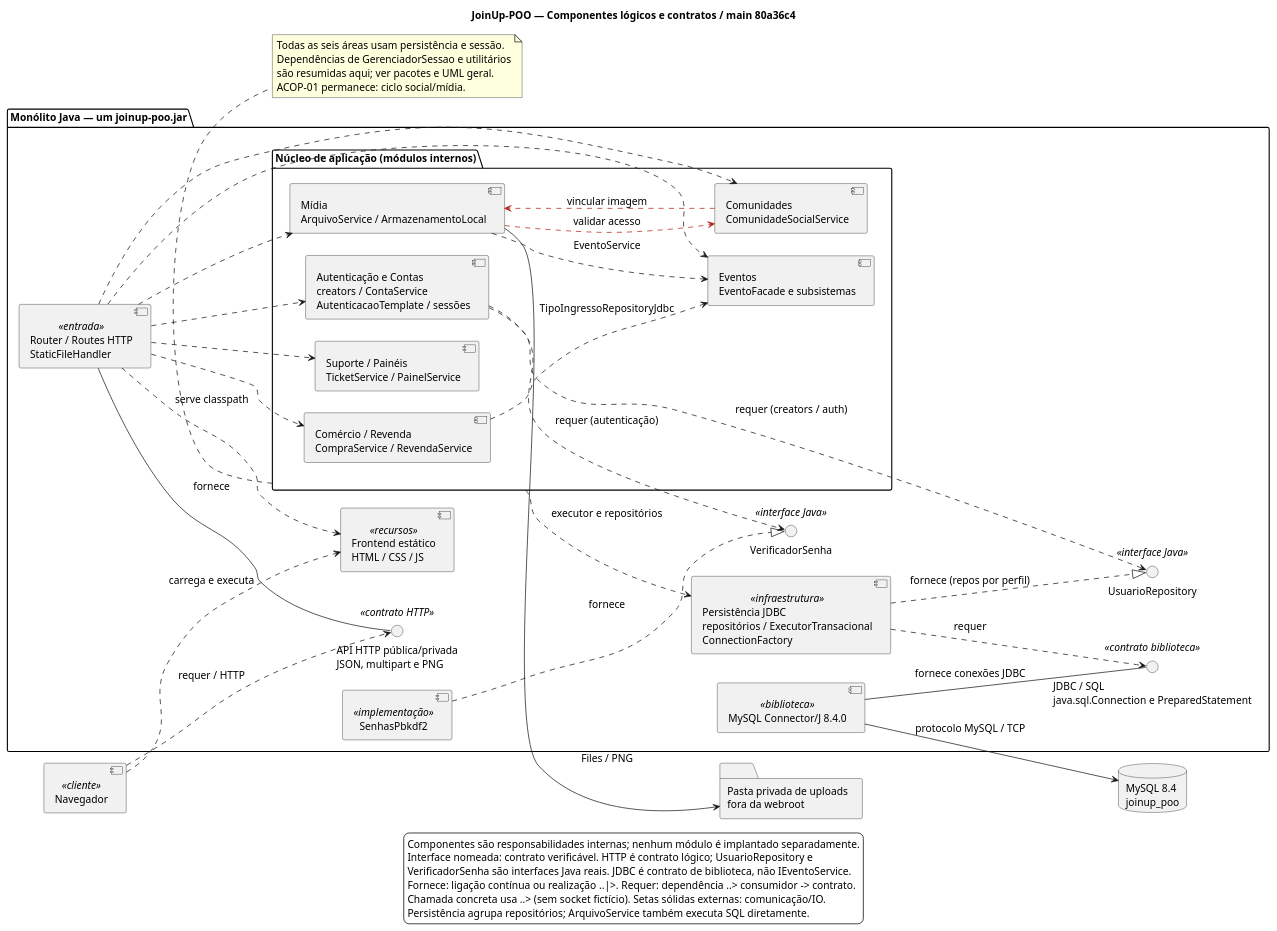
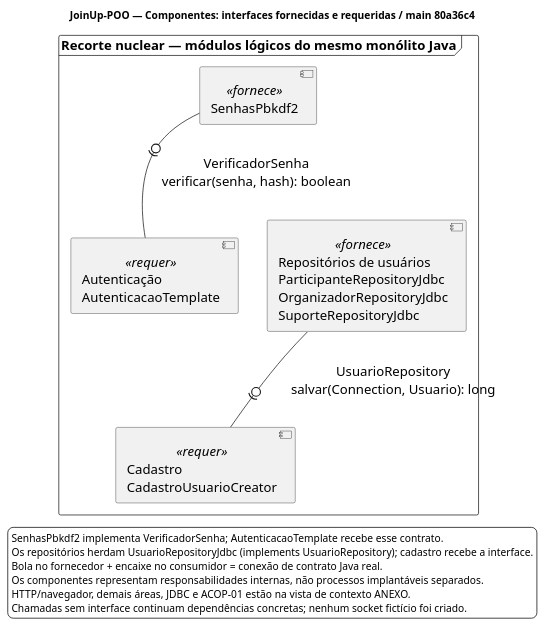
Before and after one commit to ericjs-code/JoinUp-POO: the diagram in docs/ra2/DIAGRAMA_COMPONENTES.puml, drawn with PlantUML. The commit also changed 29 other files, not shown here.

Commit message:
docs: alinha UML a auditoria didatica do PR 11

```diff
--- a/docs/ra2/DIAGRAMA_COMPONENTES.puml
+++ b/docs/ra2/DIAGRAMA_COMPONENTES.puml
@@ -1,74 +1,29 @@
 @startuml
-title JoinUp-POO — Componentes lógicos e contratos / main 80a36c4
+title JoinUp-POO — Componentes: interfaces fornecidas e requeridas / main 80a36c4
 skinparam shadowing false
 skinparam backgroundColor white
 skinparam componentStyle uml2
 skinparam defaultFontName Arial
-skinparam defaultFontSize 14
-skinparam nodesep 30
-skinparam ranksep 45
-left to right direction
-
-component "Navegador" as browser <<cliente>>
-package "Monólito Java — um joinup-poo.jar" {
-  component "Frontend estático\nHTML / CSS / JS" as front <<recursos>>
-  interface "API HTTP pública/privada\nJSON, multipart e PNG" as api <<contrato HTTP>>
-  component "Router / Routes HTTP\nStaticFileHandler" as routes <<entrada>>
-  package "Núcleo de aplicação (módulos internos)" as core {
-    component "Autenticação e Contas\ncreators / ContaService\nAutenticacaoTemplate / sessões" as contas
-    component "Eventos\nEventoFacade e subsistemas" as eventos
-    component "Comércio / Revenda\nCompraService / RevendaService" as comercio
-    component "Comunidades\nComunidadeSocialService" as social
-    component "Suporte / Painéis\nTicketService / PainelService" as suporte
-    component "Mídia\nArquivoService / ArmazenamentoLocal" as midia
-  }
-  interface "UsuarioRepository" as users <<interface Java>>
-  interface "VerificadorSenha" as passwords <<interface Java>>
-  component "SenhasPbkdf2" as pbkdf <<implementação>>
-  component "Persistência JDBC\nrepositórios / ExecutorTransacional\nConnectionFactory" as persistence <<infraestrutura>>
-  interface "JDBC / SQL\njava.sql.Connection e PreparedStatement" as jdbc <<contrato biblioteca>>
-  component "MySQL Connector/J 8.4.0" as driver <<biblioteca>>
+skinparam defaultFontSize 18
+skinparam nodesep 40
+skinparam ranksep 65
+top to bottom direction
+frame "Recorte nuclear — módulos lógicos do mesmo monólito Java" {
+  component "SenhasPbkdf2" as senhas <<fornece>>
+  component "Autenticação\nAutenticacaoTemplate" as auth <<requer>>
+  component "Repositórios de usuários\nParticipanteRepositoryJdbc\nOrganizadorRepositoryJdbc\nSuporteRepositoryJdbc" as repos <<fornece>>
+  component "Cadastro\nCadastroUsuarioCreator" as cadastro <<requer>>
+  senhas -0)- auth : VerificadorSenha\nverificar(senha, hash): boolean
+  repos -0)- cadastro : UsuarioRepository\nsalvar(Connection, Usuario): long
+  auth -[hidden]down- cadastro
+  senhas -[hidden]down- repos
 }
-database "MySQL 8.4\njoinup_poo" as mysql
-folder "Pasta privada de uploads\nfora da webroot" as storage
-
-browser ..> front : carrega e executa
-routes ..> front : serve classpath
-routes -- api : fornece
-browser ..> api : requer / HTTP
-routes ..> contas
-routes ..> eventos
-routes ..> comercio
-routes ..> social
-routes ..> suporte
-routes ..> midia
-contas ..> users : requer (creators / auth)
-persistence ..|> users : fornece (repos por perfil)
-contas ..> passwords : requer (autenticação)
-pbkdf ..|> passwords : fornece
-core ..> persistence : executor e repositórios
-persistence ..> jdbc : requer
-driver -- jdbc : fornece conexões JDBC
-driver --> mysql : protocolo MySQL / TCP
-social ..[#B42318]> midia : vincular imagem
-midia ..[#B42318]> social : validar acesso
-midia ..> eventos : EventoService
-comercio ..> eventos : TipoIngressoRepositoryJdbc
-midia --> storage : Files / PNG
-
-note bottom of core
-  Todas as seis áreas usam persistência e sessão.
-  Dependências de GerenciadorSessao e utilitários
-  são resumidas aqui; ver pacotes e UML geral.
-  ACOP-01 permanece: ciclo social/mídia.
-end note
-
 legend bottom
-  Componentes são responsabilidades internas; nenhum módulo é implantado separadamente.
-  Interface nomeada: contrato verificável. HTTP é contrato lógico; UsuarioRepository e
-  VerificadorSenha são interfaces Java reais. JDBC é contrato de biblioteca, não IEventoService.
-  Fornece: ligação contínua ou realização ..|>. Requer: dependência ..> consumidor -> contrato.
-  Chamada concreta usa ..> (sem socket fictício). Setas sólidas externas: comunicação/IO.
-  Persistência agrupa repositórios; ArquivoService também executa SQL diretamente.
+  SenhasPbkdf2 implementa VerificadorSenha; AutenticacaoTemplate recebe esse contrato.
+  Os repositórios herdam UsuarioRepositoryJdbc (implements UsuarioRepository); cadastro recebe a interface.
+  Bola no fornecedor + encaixe no consumidor = conexão de contrato Java real.
+  Os componentes representam responsabilidades internas, não processos implantáveis separados.
+  HTTP/navegador, demais áreas, JDBC e ACOP-01 estão na vista de contexto ANEXO.
+  Chamadas sem interface continuam dependências concretas; nenhum socket fictício foi criado.
 endlegend
 @enduml
```
